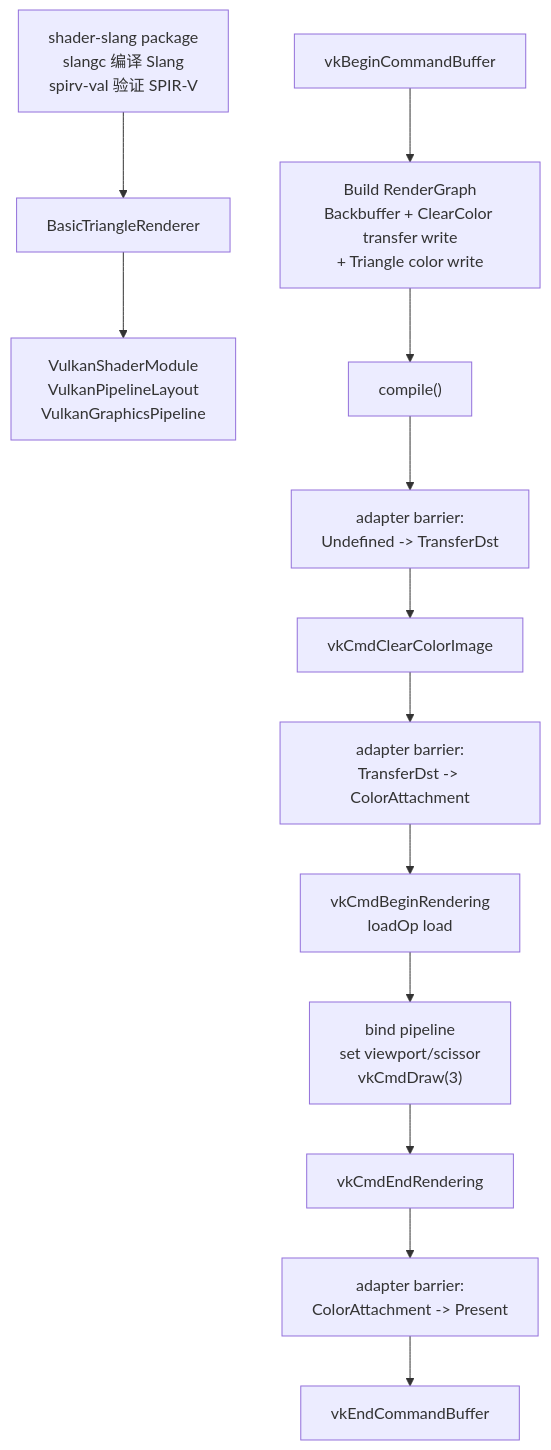
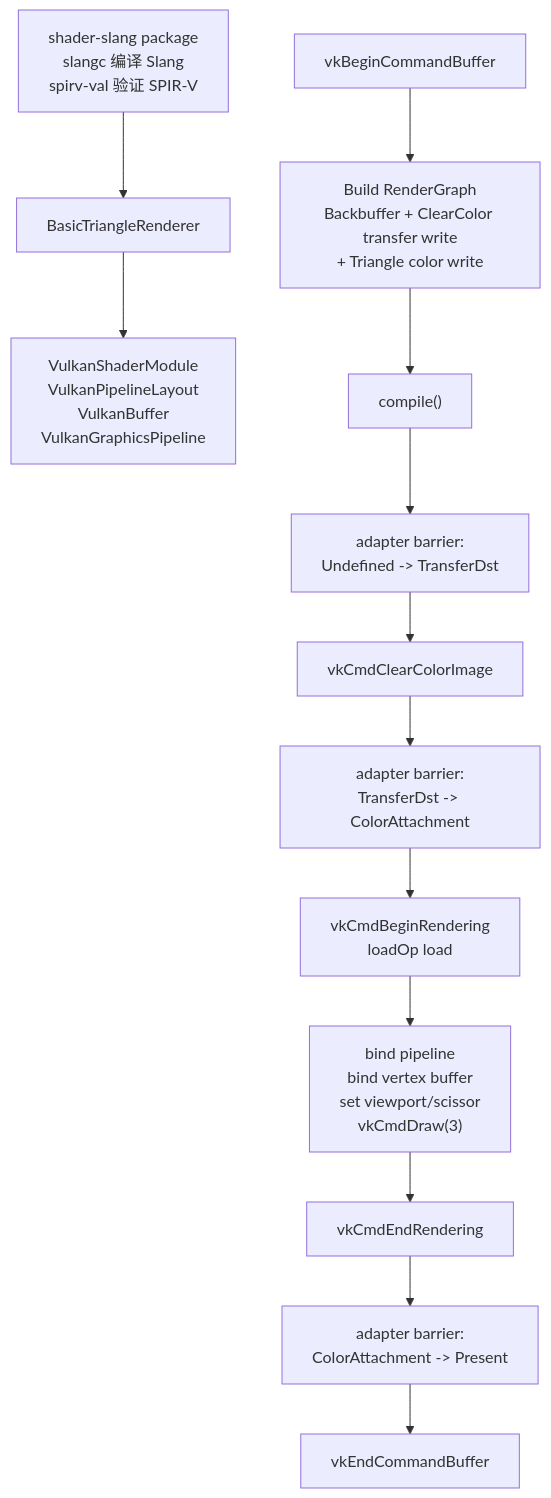
Before and after one commit to 66six11/Engine: the sixth of 9 diagrams in docs/flow-architecture.md, drawn with Mermaid. The commit also changed other lines of this file and 12 other files, not shown here.

Commit message:
Render triangle from vertex buffer

````diff
--- a/docs/flow-architecture.md
+++ b/docs/flow-architecture.md
@@ -171,20 +171,20 @@
 ```mermaid
 flowchart TD
     ShaderBuild["shader-slang package<br/>slangc 编译 Slang<br/>spirv-val 验证 SPIR-V"]
     RendererObject["BasicTriangleRenderer"]
-    PipelineObjects["VulkanShaderModule<br/>VulkanPipelineLayout<br/>VulkanGraphicsPipeline"]
+    PipelineObjects["VulkanShaderModule<br/>VulkanPipelineLayout<br/>VulkanBuffer<br/>VulkanGraphicsPipeline"]
     Begin["vkBeginCommandBuffer"]
     BuildGraph["Build RenderGraph<br/>Backbuffer + ClearColor transfer write<br/>+ Triangle color write"]
     Compile["compile()"]
     ToTransfer["adapter barrier:<br/>Undefined -> TransferDst"]
     Clear["vkCmdClearColorImage"]
     ToColor["adapter barrier:<br/>TransferDst -> ColorAttachment"]
     BeginRendering["vkCmdBeginRendering<br/>loadOp load"]
-    Draw["bind pipeline<br/>set viewport/scissor<br/>vkCmdDraw(3)"]
+    Draw["bind pipeline<br/>bind vertex buffer<br/>set viewport/scissor<br/>vkCmdDraw(3)"]
     EndRendering["vkCmdEndRendering"]
     ToPresent["adapter barrier:<br/>ColorAttachment -> Present"]
     End["vkEndCommandBuffer"]
 
     ShaderBuild --> RendererObject --> PipelineObjects
     Begin --> BuildGraph --> Compile --> ToTransfer --> Clear --> ToColor --> BeginRendering --> Draw --> EndRendering --> ToPresent --> End
 ```
````
